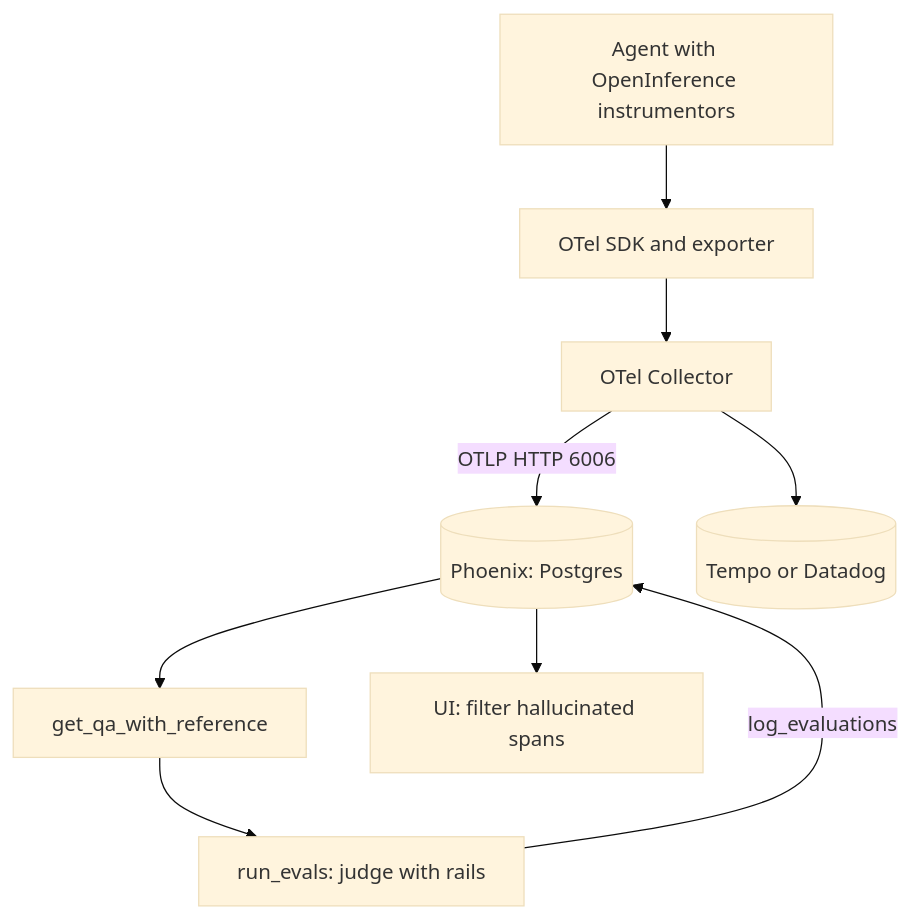
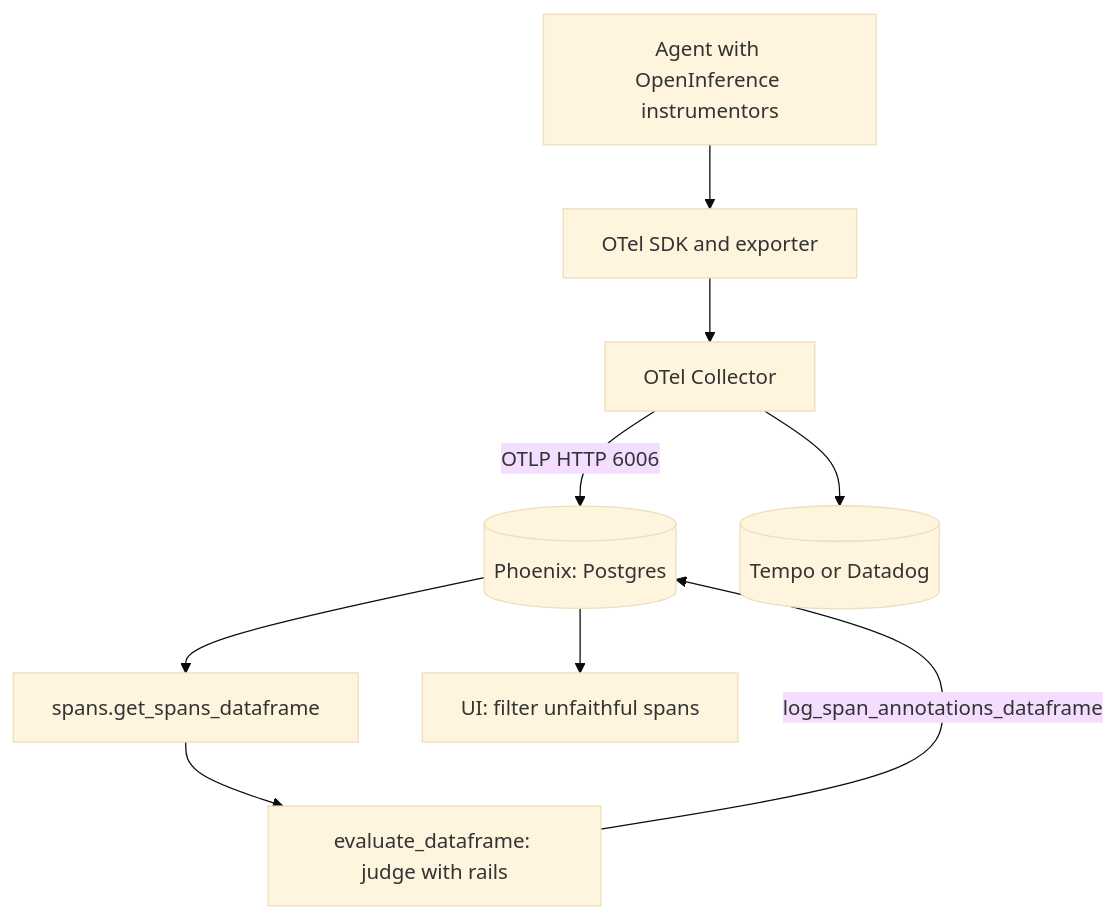
Before and after one commit to lovishmahajan97/agentic-learning: the diagram in content/observability/arize-phoenix.md, drawn with Mermaid (base theme). The commit also changed other lines of this file and 117 other files, not shown here.

````diff
--- a/content/observability/arize-phoenix.md
+++ b/content/observability/arize-phoenix.md
@@ -303,11 +309,11 @@
 ```mermaid
 flowchart TD
     APP["Agent with OpenInference instrumentors"] --> SDK["OTel SDK and exporter"]
     SDK --> COL["OTel Collector"]
     COL -->|"OTLP HTTP 6006"| PX[("Phoenix: Postgres")]
     COL --> TEMPO[("Tempo or Datadog")]
-    PX --> Q["get_qa_with_reference"]
-    Q --> J["run_evals: judge with rails"]
-    J -->|"log_evaluations"| PX
-    PX --> UI["UI: filter hallucinated spans"]
+    PX --> Q["spans.get_spans_dataframe"]
+    Q --> J["evaluate_dataframe: judge with rails"]
+    J -->|"log_span_annotations_dataframe"| PX
+    PX --> UI["UI: filter unfaithful spans"]
 ```
````
